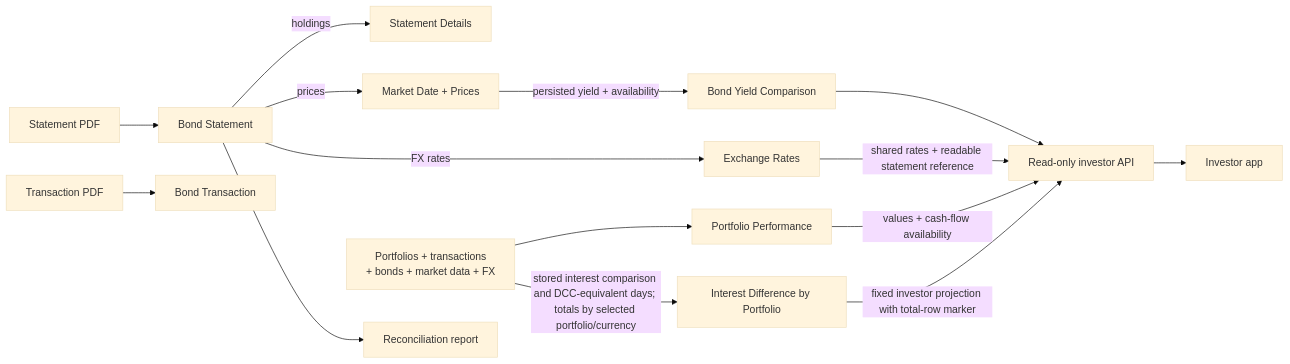
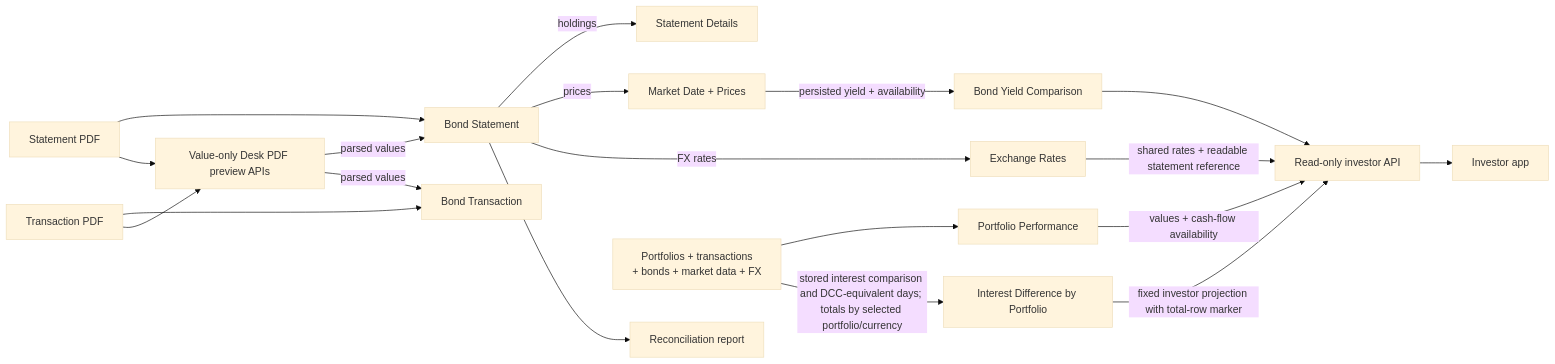
One commit to dee-pat/bond_management changed the second of 2 diagrams in docs/domain-model.md. Above: the diagram before and after it, drawn with Mermaid (base theme). The commit also changed other lines of this file and 18 other files, not shown here.

````diff
--- a/docs/domain-model.md
+++ b/docs/domain-model.md
@@ -62,26 +62,30 @@
 ```mermaid
 flowchart LR
     SPDF["Statement PDF"] --> BS["Bond Statement"]
     TPDF["Transaction PDF"] --> BT["Bond Transaction"]
+    SPDF --> SPREVIEW["Value-only Desk PDF preview APIs"]
+    TPDF --> SPREVIEW
+    SPREVIEW -->|"parsed values"| BS
+    SPREVIEW -->|"parsed values"| BT
 
     BS -->|"holdings"| BSD["Statement Details"]
     BS -->|"prices"| MARKET["Market Date + Prices"]
     BS -->|"FX rates"| FX["Exchange Rates"]
     BS --> REPORT["Reconciliation report"]
 
     DATA["Portfolios + transactions<br/>+ bonds + market data + FX"]
     PP["Portfolio Performance"]
     YIELD["Bond Yield Comparison"]
     INTEREST["Interest Difference by Portfolio"]
     API["Read-only investor API"]
     SPA["Investor app"]
 
     DATA --> PP
     MARKET -->|"persisted yield + availability"| YIELD
     DATA -->|"stored interest comparison and DCC-equivalent days; totals by selected portfolio/currency"| INTEREST
     PP -->|"values + cash-flow availability"| API
     YIELD --> API
     INTEREST -->|"fixed investor projection with total-row marker"| API
     FX -->|"shared rates + readable statement reference"| API
     API --> SPA
 ```
````
